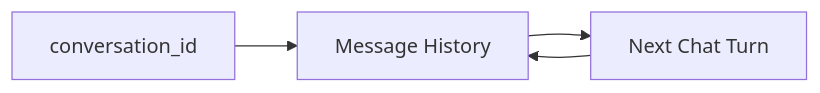
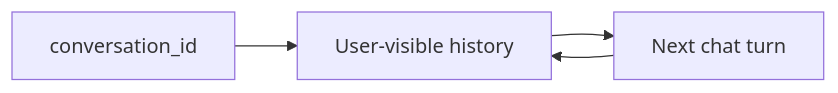
Before and after one commit to rhesis-ai/rhesis: the fourth of 4 diagrams in agents/travel-agent/docs/architecture.md, drawn with Mermaid. The commit also changed other lines of this file and 19 other files, not shown here.

````diff
--- a/agents/travel-agent/docs/architecture.md
+++ b/agents/travel-agent/docs/architecture.md
@@ -113,10 +115,10 @@
 ```mermaid
 flowchart LR
     ConversationId[conversation_id]
-    History[Message History]
-    NextTurn[Next Chat Turn]
+    History[User-visible history]
+    NextTurn[Next chat turn]
 
     ConversationId --> History
     History --> NextTurn
     NextTurn --> History
 ```
````
